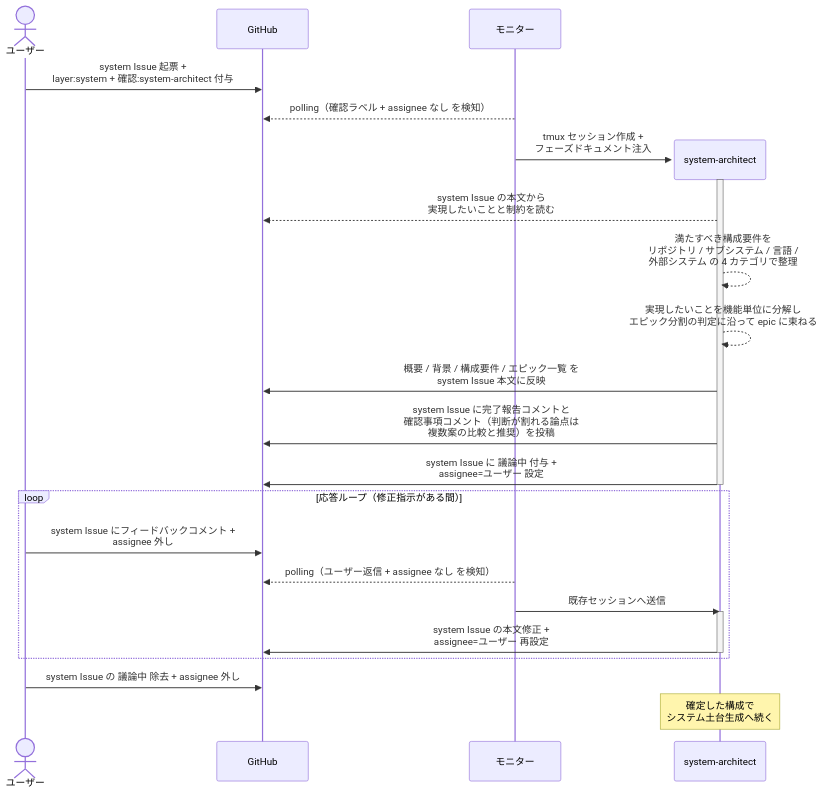
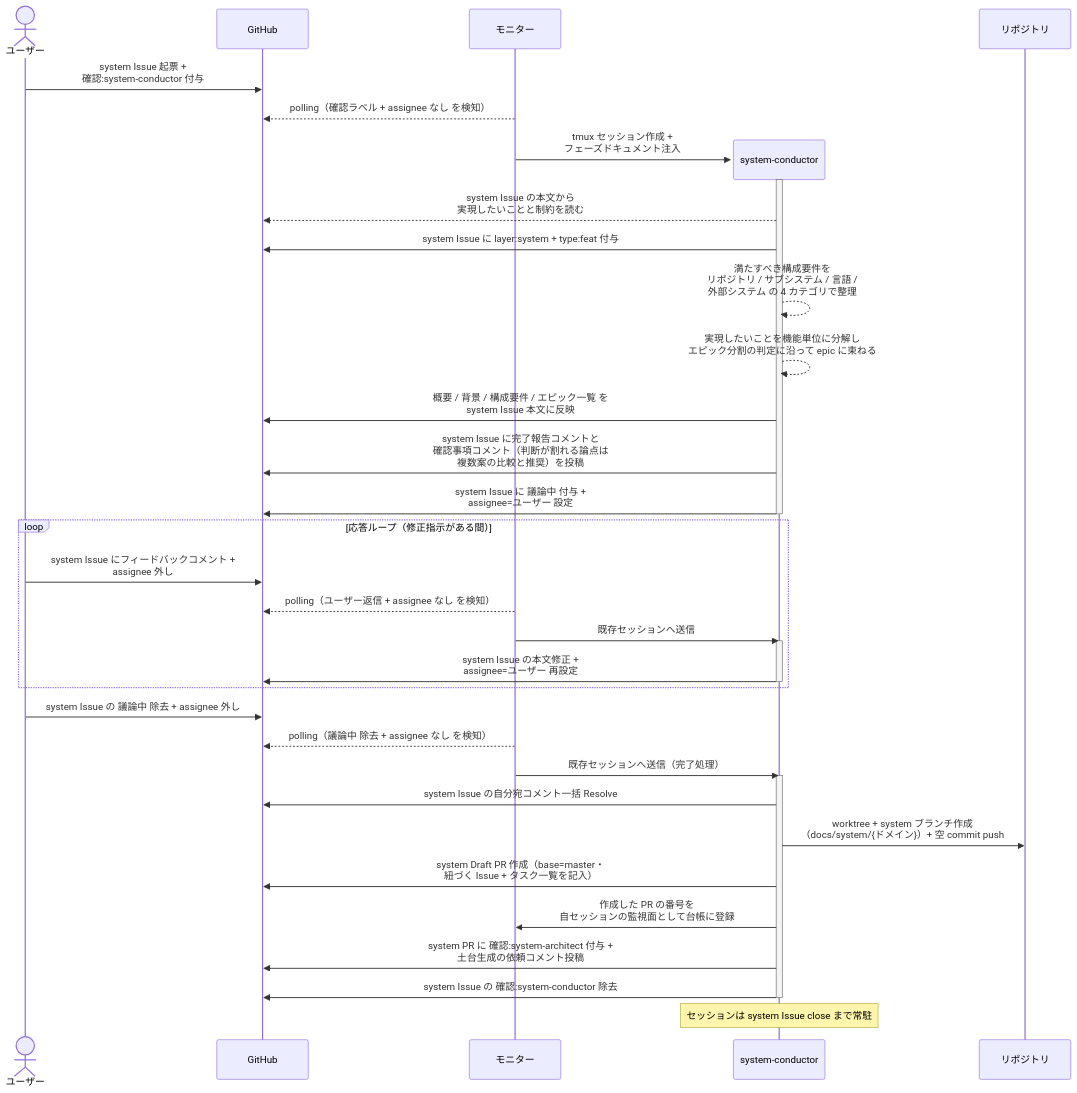
One commit to shuhei1101/ai-monitor changed the first of 2 diagrams in docs/wiki/設計図/シナリオ/単一ユースケース/システム構成確定.md. Above: the diagram before and after it, drawn with Mermaid. The commit also changed other lines of this file and 304 other files, not shown here.

````diff
--- a/docs/wiki/設計図/シナリオ/単一ユースケース/システム構成確定.md
+++ b/docs/wiki/設計図/シナリオ/単一ユースケース/システム構成確定.md
@@ -28,31 +28,43 @@
 ```mermaid
 sequenceDiagram
   actor U as ユーザー
   participant GH as GitHub
   participant ORC as モニター
 
-  U->>GH: system Issue 起票 +<br>layer:system + 確認:system-architect 付与
+  U->>GH: system Issue 起票 +<br>確認:system-conductor 付与
   ORC-->>GH: polling（確認ラベル + assignee なし を検知）
-  create participant MON as system-architect
+  create participant MON as system-conductor
   ORC->>MON: tmux セッション作成 +<br>フェーズドキュメント注入
+  participant REPO as リポジトリ
   activate MON
   MON-->>GH: system Issue の本文から<br>実現したいことと制約を読む
+  MON->>GH: system Issue に layer:system + type:feat 付与
   MON-->>MON: 満たすべき構成要件を<br>リポジトリ / サブシステム / 言語 /<br>外部システム の 4 カテゴリで整理
   MON-->>MON: 実現したいことを機能単位に分解し<br>エピック分割の判定に沿って epic に束ねる
   MON->>GH: 概要 / 背景 / 構成要件 / エピック一覧 を<br>system Issue 本文に反映
   MON->>GH: system Issue に完了報告コメントと<br>確認事項コメント（判断が割れる論点は<br>複数案の比較と推奨）を投稿
   MON->>GH: system Issue に 議論中 付与 +<br>assignee=ユーザー 設定
   deactivate MON
 
   loop 応答ループ（修正指示がある間）
     U->>GH: system Issue にフィードバックコメント +<br>assignee 外し
     ORC-->>GH: polling（ユーザー返信 + assignee なし を検知）
     ORC->>MON: 既存セッションへ送信
     activate MON
     MON->>GH: system Issue の本文修正 +<br>assignee=ユーザー 再設定
     deactivate MON
   end
 
   U->>GH: system Issue の 議論中 除去 + assignee 外し
-  Note over MON: 確定した構成で<br>システム土台生成へ続く
+  ORC-->>GH: polling（議論中 除去 + assignee なし を検知）
+  ORC->>MON: 既存セッションへ送信（完了処理）
+  activate MON
+  MON->>GH: system Issue の自分宛コメント一括 Resolve
+  MON->>REPO: worktree + system ブランチ作成<br>（docs/system/{ドメイン}）+ 空 commit push
+  MON->>GH: system Draft PR 作成（base=master・<br>紐づく Issue + タスク一覧を記入）
+  MON->>ORC: 作成した PR の番号を<br>自セッションの監視面として台帳に登録
+  MON->>GH: system PR に 確認:system-architect 付与 +<br>土台生成の依頼コメント投稿
+  MON->>GH: system Issue の 確認:system-conductor 除去
+  deactivate MON
+  Note over MON: セッションは system Issue close まで常駐
 ```
````
